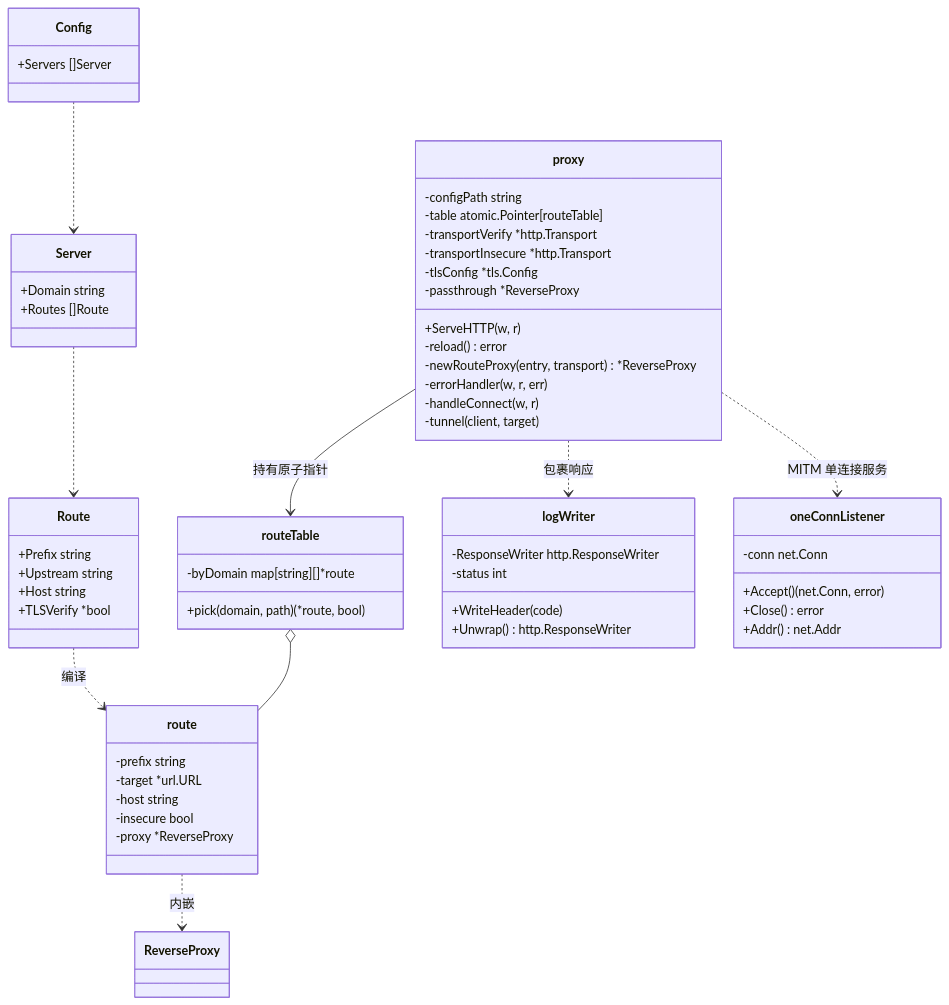
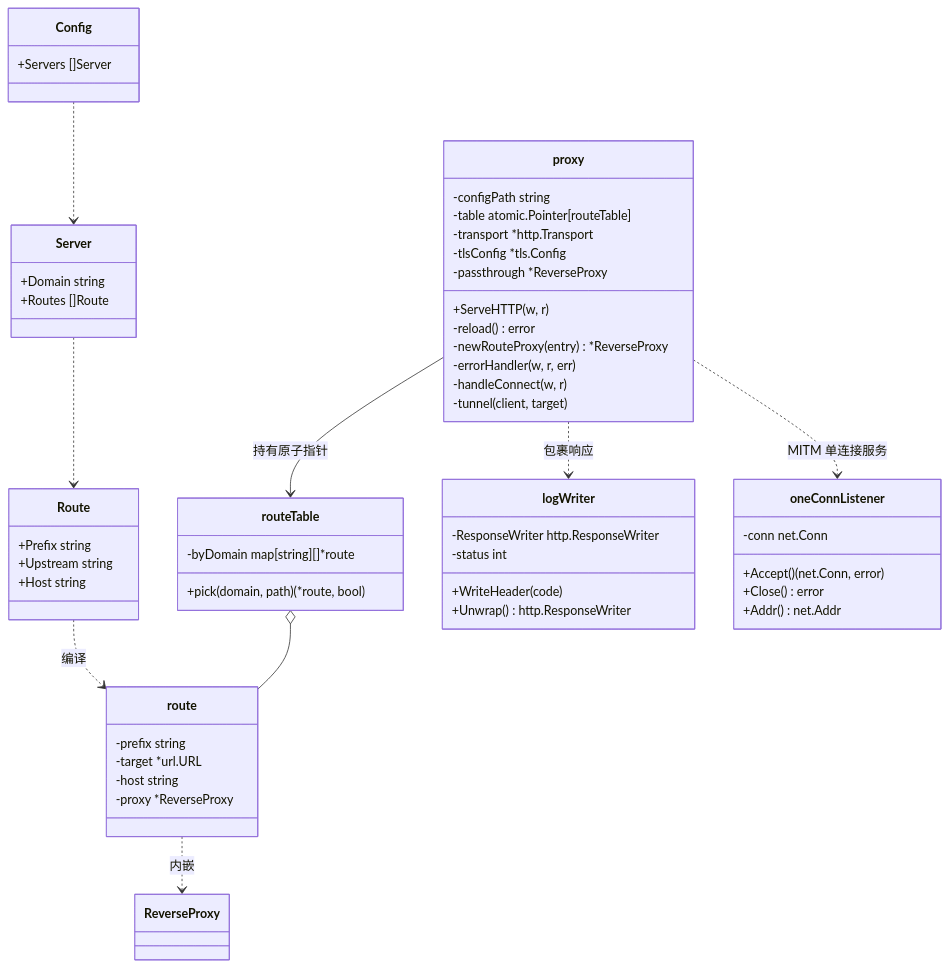
The second of 4 diagrams in .monkeycode/specs/mrp/design.md (isunk/MyReverseProxy), drawn with Mermaid before and after one commit. The commit also changed other lines of this file and 8 other files, not shown here.

````diff
--- a/.monkeycode/specs/mrp/design.md
+++ b/.monkeycode/specs/mrp/design.md
@@ -115,62 +113,59 @@
 ```mermaid
 classDiagram
     class Config {
         +Servers []Server
     }
     class Server {
         +Domain string
         +Routes []Route
     }
     class Route {
         +Prefix string
         +Upstream string
         +Host string
-        +TLSVerify *bool
     }
     class route {
         -prefix string
         -target *url.URL
         -host string
-        -insecure bool
         -proxy *ReverseProxy
     }
     class routeTable {
         -byDomain map[string][]*route
         +pick(domain, path) (*route, bool)
     }
     class proxy {
         -configPath string
         -table atomic.Pointer[routeTable]
-        -transportVerify *http.Transport
-        -transportInsecure *http.Transport
+        -transport *http.Transport
         -tlsConfig *tls.Config
         -passthrough *ReverseProxy
         +ServeHTTP(w, r)
         -reload() error
-        -newRouteProxy(entry, transport) *ReverseProxy
+        -newRouteProxy(entry) *ReverseProxy
         -errorHandler(w, r, err)
         -handleConnect(w, r)
         -tunnel(client, target)
     }
     class logWriter {
         -ResponseWriter http.ResponseWriter
         -status int
         +WriteHeader(code)
         +Unwrap() http.ResponseWriter
     }
     class oneConnListener {
         -conn net.Conn
         +Accept() (net.Conn, error)
         +Close() error
         +Addr() net.Addr
     }
 
     Config ..> Server
     Server ..> Route
     Route ..> route : 编译
     routeTable o-- route
     proxy --> routeTable : 持有原子指针
     proxy ..> logWriter : 包裹响应
     proxy ..> oneConnListener : MITM 单连接服务
     route ..> ReverseProxy : 内嵌
 ```
````
